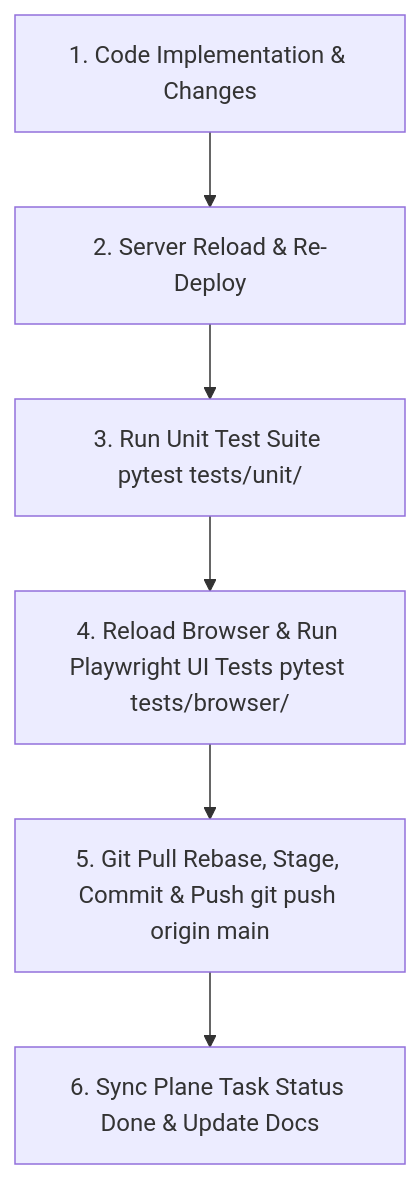
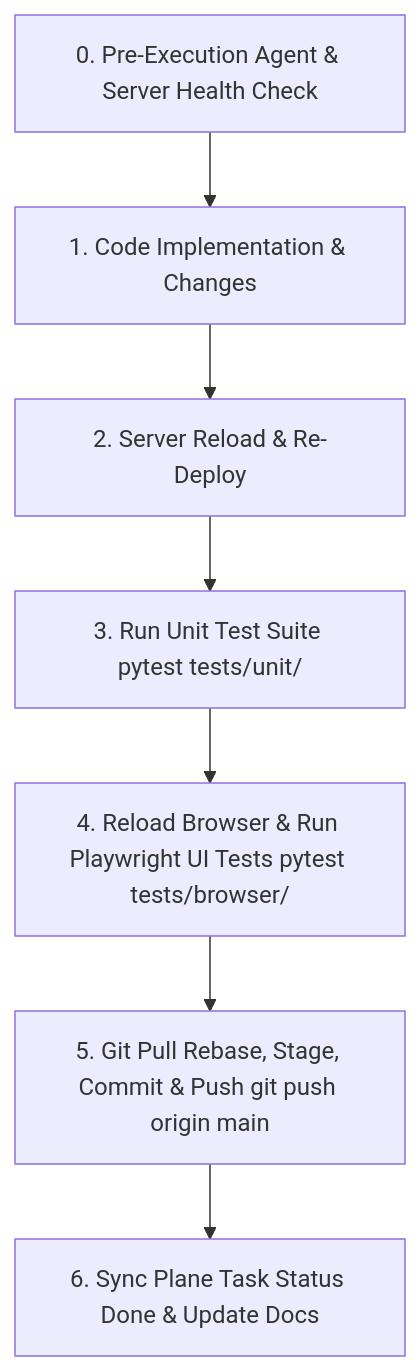
The diagram in tasks.md (mady143/ai-analytics-dashboard), drawn with Mermaid before and after one commit. The commit also changed other lines of this file, not shown here.

Commit message:
docs: add Step 0 mandatory background agent & server health check directive in tasks.md

````diff
--- a/tasks.md
+++ b/tasks.md
@@ -81,8 +81,9 @@
   ```mermaid
   graph TD
-      A[1. Code Implementation & Changes] --> B[2. Server Reload & Re-Deploy]
+      A0[0. Pre-Execution Agent & Server Health Check] --> A1[1. Code Implementation & Changes]
+      A1 --> B[2. Server Reload & Re-Deploy]
       B --> C[3. Run Unit Test Suite pytest tests/unit/]
       C --> D[4. Reload Browser & Run Playwright UI Tests pytest tests/browser/]
       D --> E[5. Git Pull Rebase, Stage, Commit & Push git push origin main]
       E --> F[6. Sync Plane Task Status Done & Update Docs]
   ```
````
